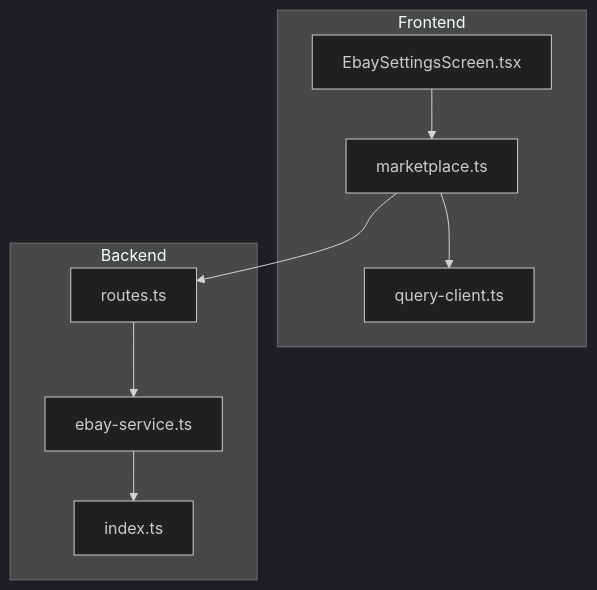
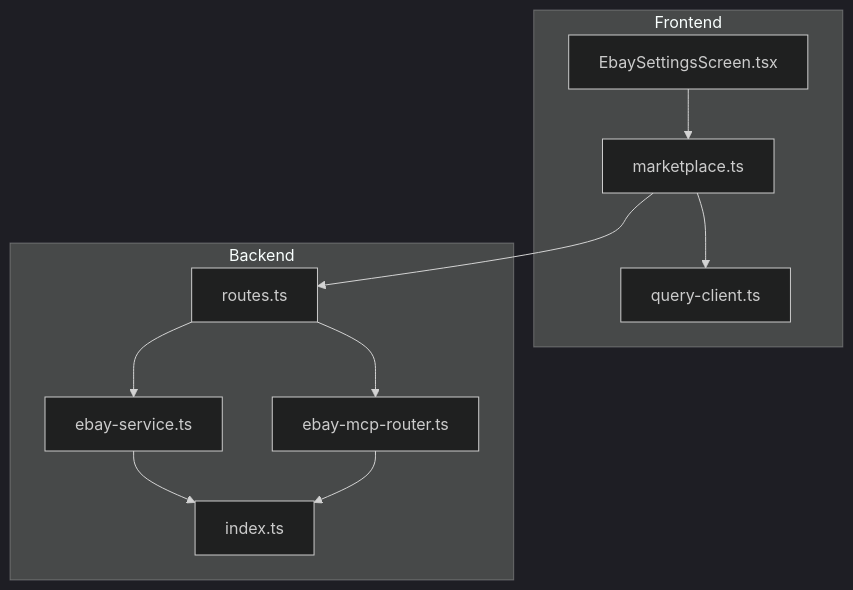
The first of 11 diagrams in .qoder/repowiki/en/content/Marketplace Integration/eBay Integration.md (hunglevi87/Hidden-Gem), drawn with Mermaid (dark theme) before and after one commit. The commit also changed other lines of this file and 14 other files, not shown here.

````diff
--- a/.qoder/repowiki/en/content/Marketplace Integration/eBay Integration.md
+++ b/.qoder/repowiki/en/content/Marketplace Integration/eBay Integration.md
@@ -35,18 +45,21 @@
 ```mermaid
 graph TB
 subgraph "Frontend"
 ESS["EbaySettingsScreen.tsx"]
 MP["marketplace.ts"]
 QC["query-client.ts"]
 end
 subgraph "Backend"
 R["routes.ts"]
 ES["ebay-service.ts"]
+MCP["ebay-mcp-router.ts"]
 IDX["index.ts"]
 end
 ESS --> MP
 MP --> QC
 MP --> R
 R --> ES
+R --> MCP
 ES --> IDX
+MCP --> IDX
 ```
````
